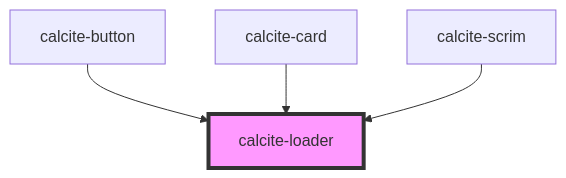
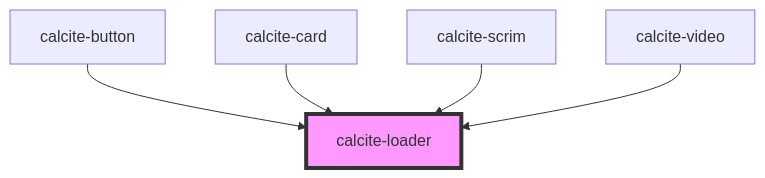
The diagram in src/components/calcite-loader/readme.md (Esri/calcite-design-system), drawn with Mermaid before and after one commit. The commit also changed other lines of this file and 19 other files, not shown here.

````diff
--- a/src/components/calcite-loader/readme.md
+++ b/src/components/calcite-loader/readme.md
@@ -47,7 +47,8 @@
 ```mermaid
 graph TD;
   calcite-button --> calcite-loader
   calcite-card --> calcite-loader
   calcite-scrim --> calcite-loader
+  calcite-video --> calcite-loader
   style calcite-loader fill:#f9f,stroke:#333,stroke-width:4px
 ```
````
